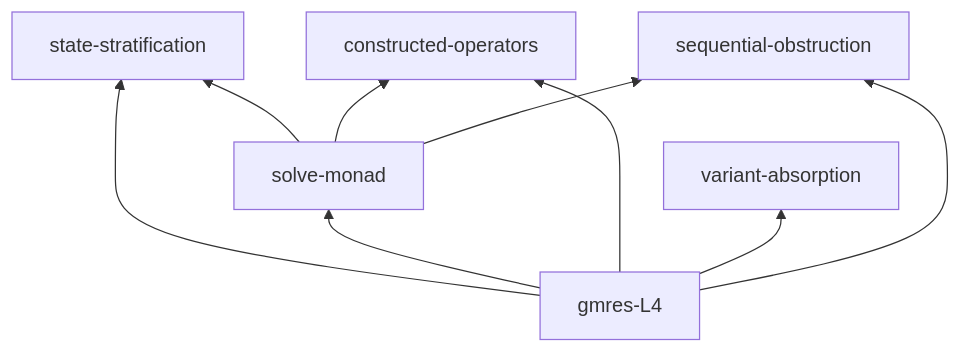
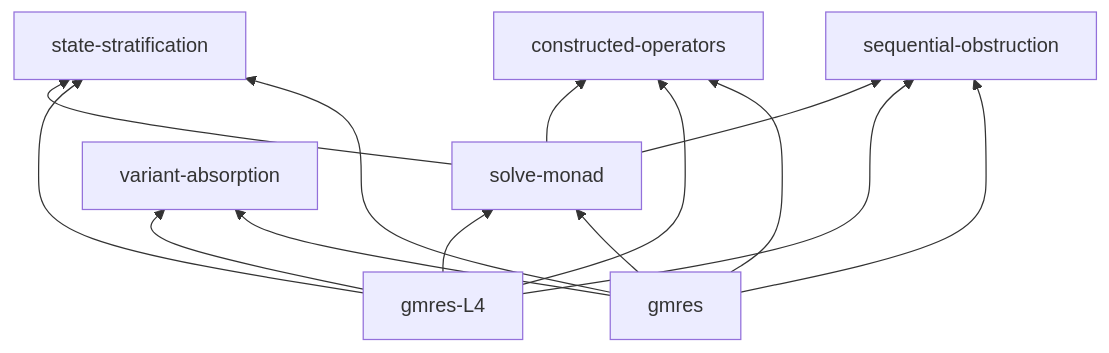
The fifth of 5 diagrams in book/src/concepts/dependency-map.md (crutcher/palace_whiteroom), drawn with Mermaid before and after one commit. The commit also changed other lines of this file and 3 other files, not shown here.

````diff
--- a/book/src/concepts/dependency-map.md
+++ b/book/src/concepts/dependency-map.md
@@ -110,11 +117,16 @@
 ```mermaid
 graph BT
   solve-monad --> state-stratification
   solve-monad --> constructed-operators
   solve-monad --> sequential-obstruction
   gmres-L4 --> state-stratification
   gmres-L4 --> solve-monad
   gmres-L4 --> constructed-operators
   gmres-L4 --> variant-absorption
   gmres-L4 --> sequential-obstruction
+  gmres --> state-stratification
+  gmres --> solve-monad
+  gmres --> constructed-operators
+  gmres --> variant-absorption
+  gmres --> sequential-obstruction
 ```
````
